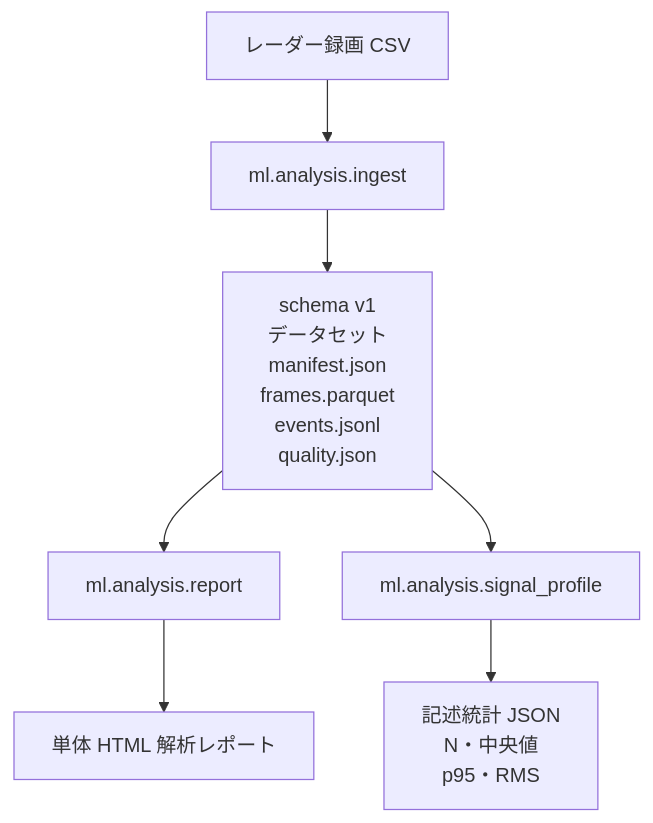
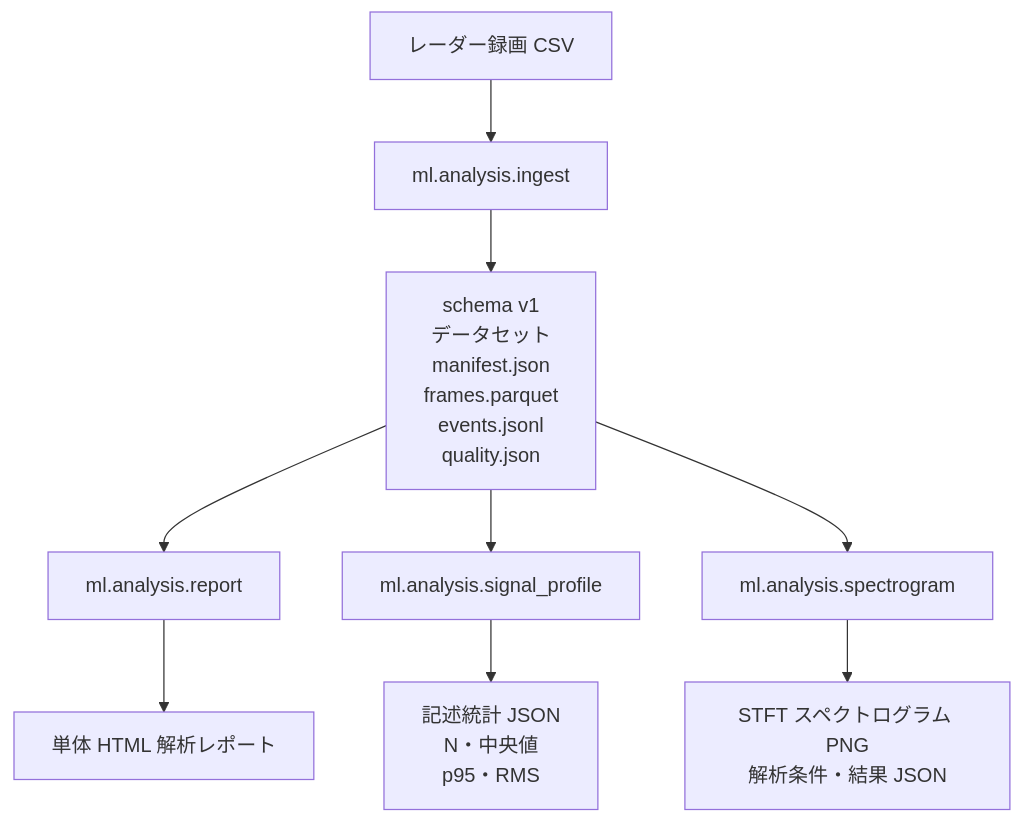
The second of 2 diagrams in README.md (jphacks/hs_2605), drawn with Mermaid before and after one commit. The commit also changed other lines of this file, not shown here.

````diff
--- a/README.md
+++ b/README.md
@@ -205,9 +205,11 @@
 ```mermaid
 flowchart TD
   CSV["レーダー録画 CSV"] --> ING["ml.analysis.ingest"]
   ING --> DATA["schema v1<br>データセット<br>manifest.json<br>frames.parquet<br>events.jsonl<br>quality.json"]
   DATA --> REPORT["ml.analysis.report"]
   DATA --> PROFILE["ml.analysis.signal_profile"]
+  DATA --> STFT["ml.analysis.spectrogram"]
   REPORT --> HTML["単体 HTML 解析レポート"]
   PROFILE --> JSON["記述統計 JSON<br>N・中央値<br>p95・RMS"]
+  STFT --> PNG["STFT スペクトログラム PNG<br>解析条件・結果 JSON"]
 ```
````
